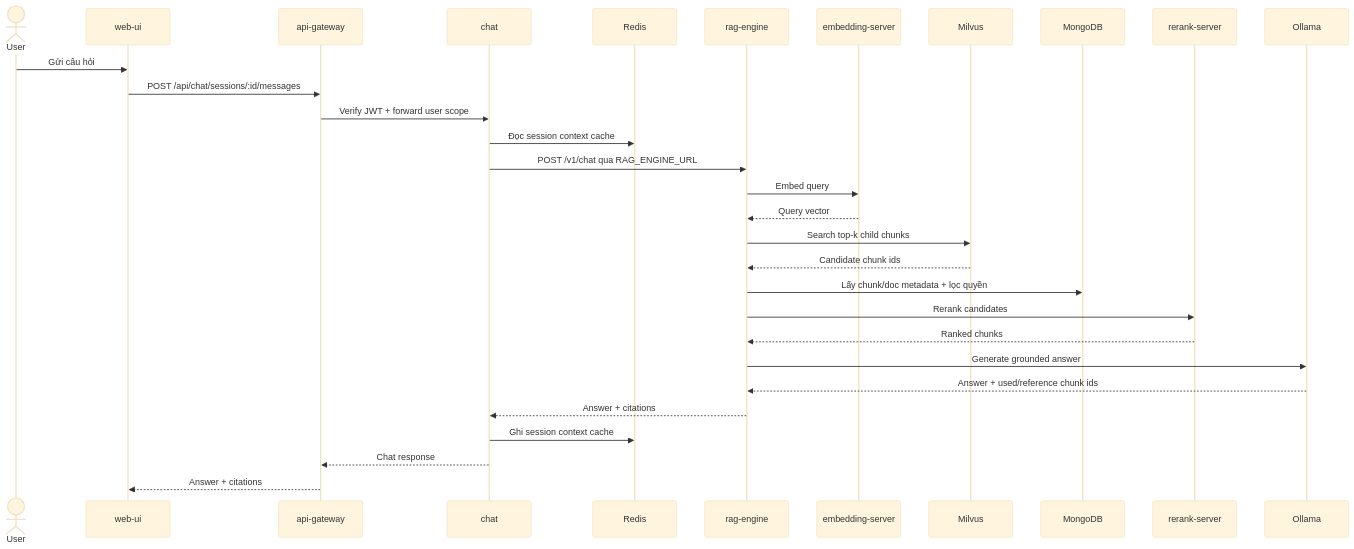
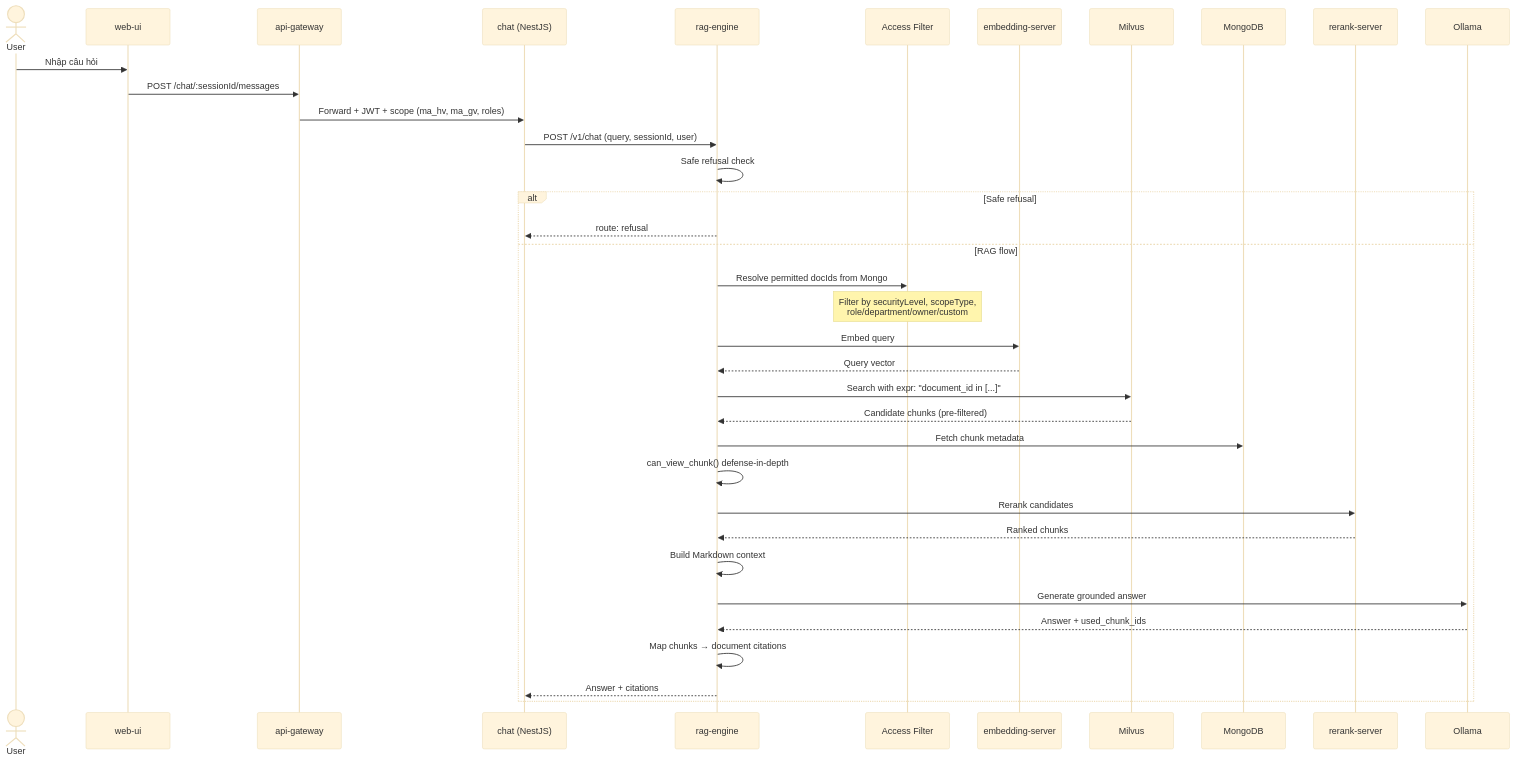
One commit to havie2309/academy-ai-platform changed the second of 9 diagrams in docs/B_Architecture/B7_Sequence_Diagrams.md. Above: the diagram before and after it, drawn with Mermaid (base theme). The commit also changed 4 other files, not shown here.

````diff
--- a/docs/B_Architecture/B7_Sequence_Diagrams.md
+++ b/docs/B_Architecture/B7_Sequence_Diagrams.md
@@ -46,33 +46,47 @@
 ```mermaid
 sequenceDiagram
     actor User
     participant UI as web-ui
     participant GW as api-gateway
-    participant CHAT as chat
-    participant REDIS as Redis
+    participant Chat as chat (NestJS)
     participant RAG as rag-engine
-    participant EMB as embedding-server
-    participant MV as Milvus
-    participant MG as MongoDB
-    participant RNK as rerank-server
-    participant OLLAMA as Ollama
+    participant Access as Access Filter
+    participant Embed as embedding-server
+    participant Milvus as Milvus
+    participant Mongo as MongoDB
+    participant Rerank as rerank-server
+    participant Ollama as Ollama
 
-    User->>UI: Gửi câu hỏi
-    UI->>GW: POST /api/chat/sessions/:id/messages
-    GW->>CHAT: Verify JWT + forward user scope
-    CHAT->>REDIS: Đọc session context cache
-    CHAT->>RAG: POST /v1/chat qua RAG_ENGINE_URL
-    RAG->>EMB: Embed query
-    EMB-->>RAG: Query vector
-    RAG->>MV: Search top-k child chunks
-    MV-->>RAG: Candidate chunk ids
-    RAG->>MG: Lấy chunk/doc metadata + lọc quyền
-    RAG->>RNK: Rerank candidates
-    RNK-->>RAG: Ranked chunks
-    RAG->>OLLAMA: Generate grounded answer
-    OLLAMA-->>RAG: Answer + used/reference chunk ids
-    RAG-->>CHAT: Answer + citations
-    CHAT->>REDIS: Ghi session context cache
-    CHAT-->>GW: Chat response
-    GW-->>UI: Answer + citations
+    User->>UI: Nhập câu hỏi
+    UI->>GW: POST /chat/:sessionId/messages
+    GW->>Chat: Forward + JWT + scope (ma_hv, ma_gv, roles)
+    
+    Chat->>RAG: POST /v1/chat (query, sessionId, user)
+    
+    RAG->>RAG: Safe refusal check
+    
+    alt Safe refusal
+        RAG-->>Chat: route: refusal
+    else RAG flow
+        RAG->>Access: Resolve permitted docIds from Mongo
+        Note over Access: Filter by securityLevel, scopeType,<br/>role/department/owner/custom
+        
+        RAG->>Embed: Embed query
+        Embed-->>RAG: Query vector
+        
+        RAG->>Milvus: Search with expr: "document_id in [...]"
+        Milvus-->>RAG: Candidate chunks (pre-filtered)
+        
+        RAG->>Mongo: Fetch chunk metadata
+        RAG->>RAG: can_view_chunk() defense-in-depth
+        RAG->>Rerank: Rerank candidates
+        Rerank-->>RAG: Ranked chunks
+        
+        RAG->>RAG: Build Markdown context
+        RAG->>Ollama: Generate grounded answer
+        Ollama-->>RAG: Answer + used_chunk_ids
+        
+        RAG->>RAG: Map chunks → document citations
+        RAG-->>Chat: Answer + citations
+    end
 ```
````
